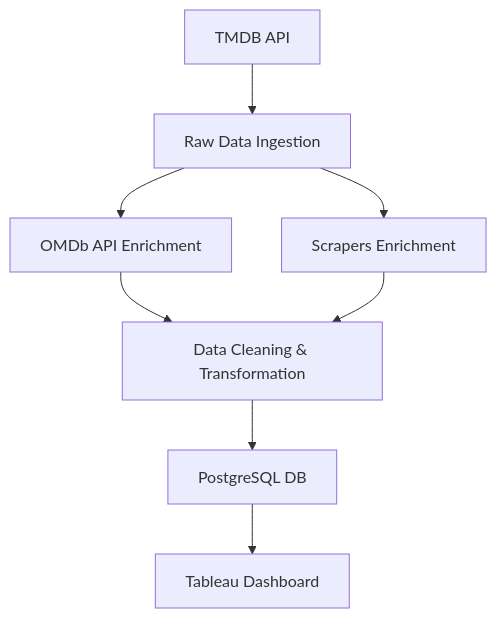
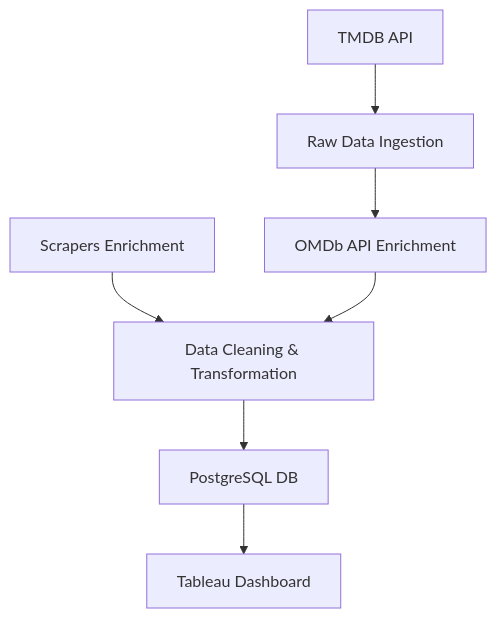
One commit to Mostafa-Elnagar/SeriesRatingsPipeline changed the diagram in README.md. Above: the diagram before and after it, drawn with Mermaid. The commit also changed other lines of this file and 1 other file, not shown here.

Commit message:
Build Ratings Data Model

````diff
--- a/README.md
+++ b/README.md
@@ -49,10 +36,9 @@
 ```mermaid
 graph TD
-  A[TMDB API] --> B[Raw Data Ingestion]
-  B --> C[OMDb API Enrichment]
-  B --> CD[Scrapers Enrichment]
-  C --> D[Data Cleaning & Transformation]
-  CD --> D
-  D --> E[PostgreSQL DB]
-  E --> F[Tableau Dashboard]
+A[TMDB API] --> B[Raw Data Ingestion]
+B --> C[OMDb API Enrichment]
+CD[Scrapers Enrichment] --> D[Data Cleaning & Transformation]
+C --> D
+D --> E[PostgreSQL DB]
+E --> F[Tableau Dashboard]
 ```
````
